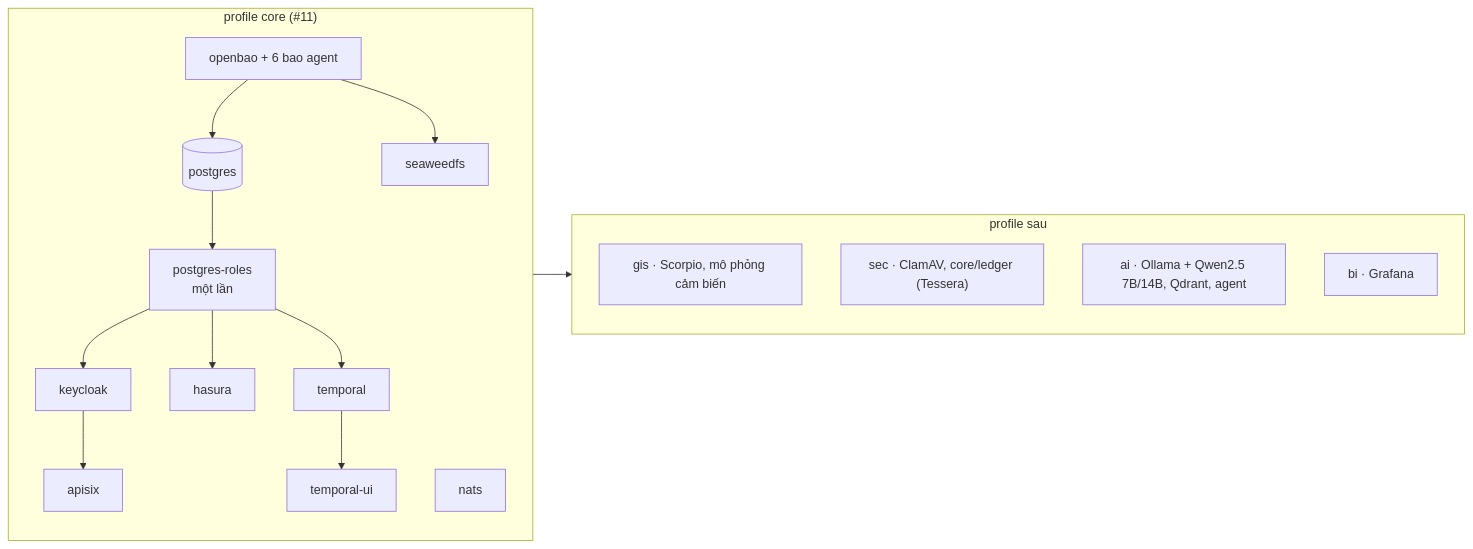
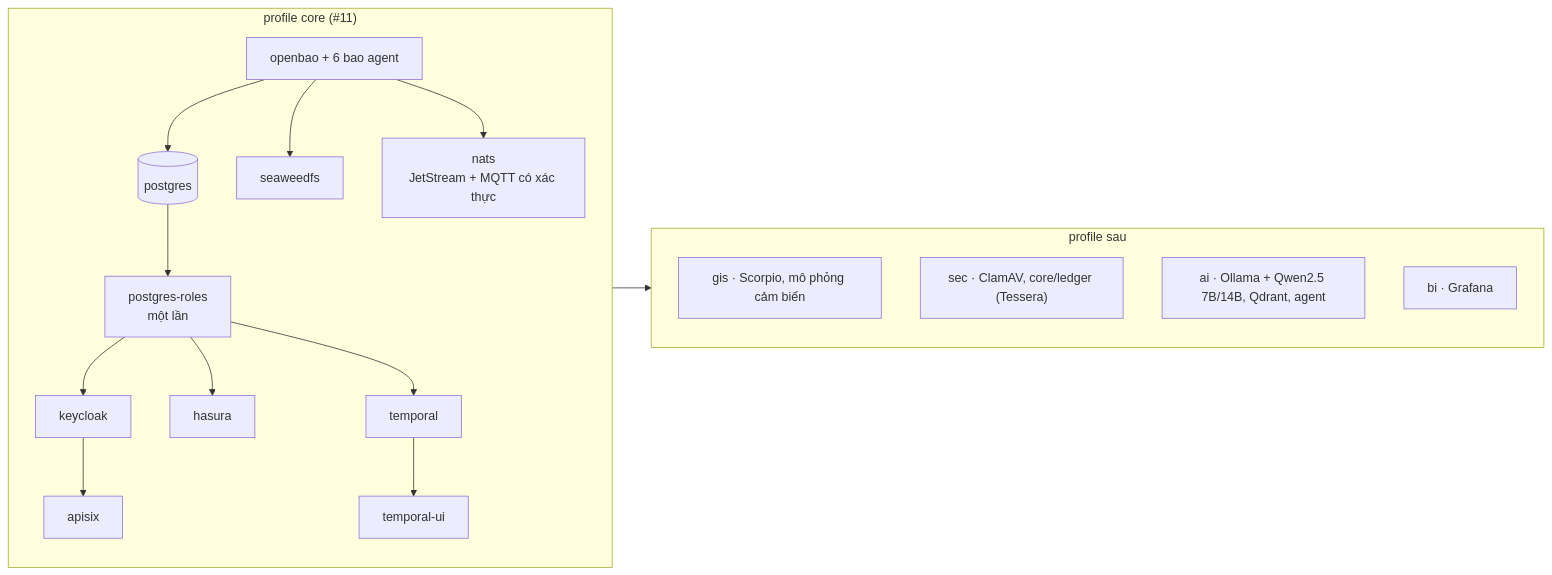
Before and after one commit to disaster-dxos/disaster-dxos: the fifth of 11 diagrams in docs/architecture.md, drawn with Mermaid. The commit also changed other lines of this file and 35 other files, not shown here.

First line of the commit message:
feat(cam-bien): NATS JetStream + MQTT có xác thực, giả lập và consumer cảm biến mực nước (#30)

````diff
--- a/docs/architecture.md
+++ b/docs/architecture.md
@@ -238,19 +238,19 @@
 ```mermaid
 flowchart LR
   subgraph core["profile core (#11)"]
     direction TB
     bao[openbao + 6 bao agent] --> pg[(postgres)] --> roles[postgres-roles<br/>một lần]
     roles --> kc[keycloak] --> gw[apisix]
     roles --> hs[hasura]
     roles --> tp[temporal] --> tui[temporal-ui]
     bao --> sw[seaweedfs]
-    nt[nats]
+    bao --> nt[nats<br/>JetStream + MQTT có xác thực]
   end
   subgraph later["profile sau"]
     gis["gis · Scorpio, mô phỏng cảm biến"]
     sec["sec · ClamAV, core/ledger (Tessera)"]
     ai["ai · Ollama + Qwen2.5 7B/14B, Qdrant, agent"]
     bi["bi · Grafana"]
   end
   core --> later
 ```
````
